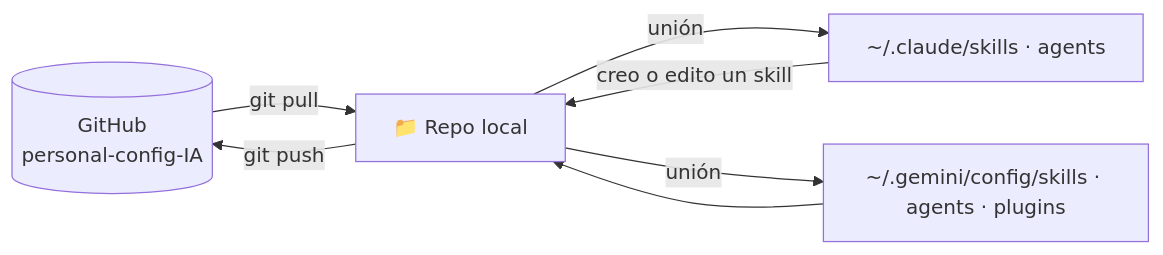
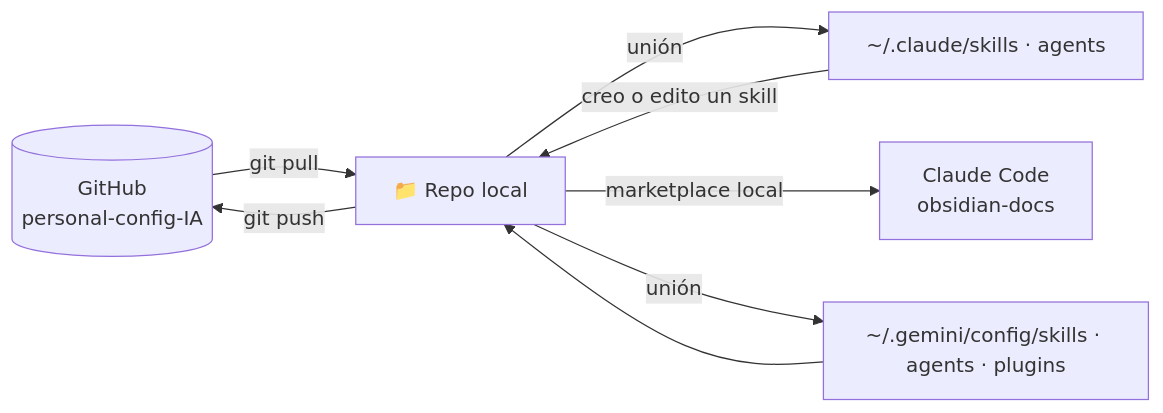
Before and after one commit to SebzSGC/personal-config-IA: the diagram in README.md, drawn with Mermaid. The commit also changed other lines of this file and 96 other files, not shown here.

First line of the commit message:
refactor(repo): un solo plugin obsidian-docs para claude y antigravity

````diff
--- a/README.md
+++ b/README.md
@@ -27,9 +30,10 @@
 ```mermaid
 flowchart LR
     R[(GitHub<br/>personal-config-IA)] -- git pull --> L[📁 Repo local]
     L -- unión --> C[~/.claude/skills · agents]
+    L -- marketplace local --> CP[Claude Code<br/>obsidian-docs]
     L -- unión --> G[~/.gemini/config/skills · agents · plugins]
     C -- "creo o edito un skill" --> L
     G --> L
     L -- git push --> R
 ```
````
